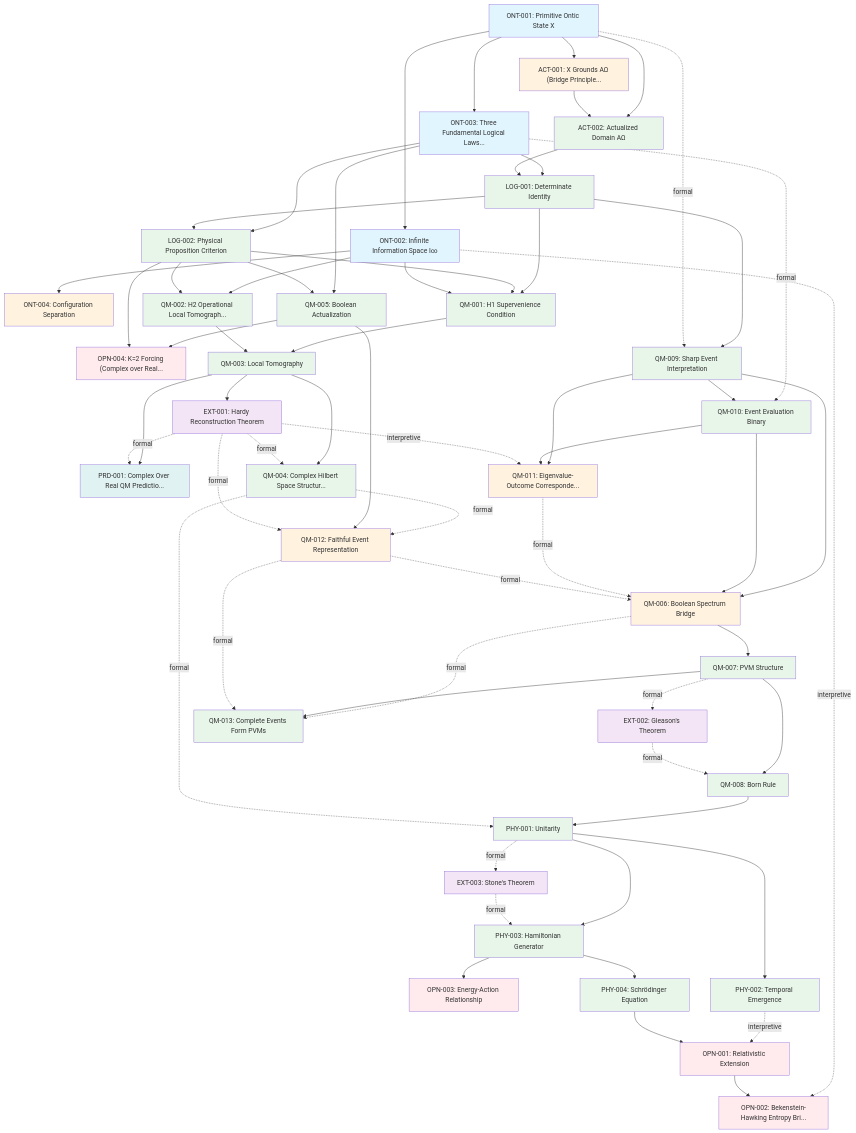
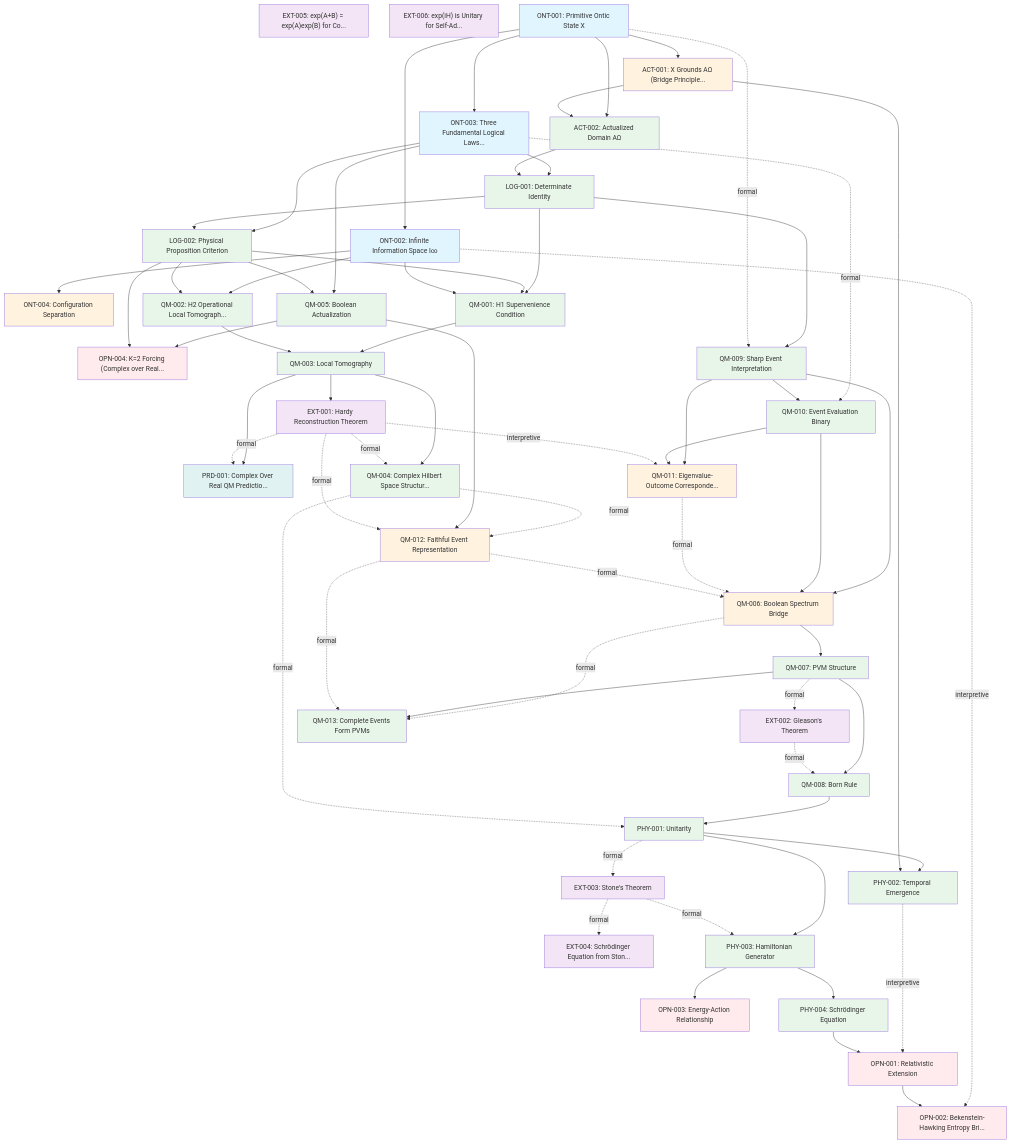
One commit to jdlongmire/logic-realism-theory changed the diagram in traceability/generated/dependency-graph.mmd. Above: the diagram before and after it, drawn with Mermaid. The commit also changed 6 other files, not shown here.

```diff
--- a/traceability/generated/dependency-graph.mmd
+++ b/traceability/generated/dependency-graph.mmd
@@ -1,132 +1,140 @@
 graph TD
     classDef primitive fill:#e1f5fe
     classDef bridge fill:#fff3e0
     classDef derived fill:#e8f5e9
     classDef imported fill:#f3e5f5
     classDef open fill:#ffebee
     classDef prediction fill:#e0f2f1
+    PHY-001["PHY-001: Unitarity"]
     ACT-001["ACT-001: X Grounds AΩ (Bridge Principle..."]
     ACT-002["ACT-002: Actualized Domain AΩ"]
     EXT-001["EXT-001: Hardy Reconstruction Theorem"]
     EXT-002["EXT-002: Gleason's Theorem"]
     EXT-003["EXT-003: Stone's Theorem"]
+    EXT-004["EXT-004: Schrödinger Equation from Ston..."]
+    EXT-005["EXT-005: exp(A+B) = exp(A)exp(B) for Co..."]
+    EXT-006["EXT-006: exp(iH) is Unitary for Self-Ad..."]
     LOG-001["LOG-001: Determinate Identity"]
     LOG-002["LOG-002: Physical Proposition Criterion"]
     ONT-001["ONT-001: Primitive Ontic State X"]
     ONT-002["ONT-002: Infinite Information Space I∞"]
     ONT-003["ONT-003: Three Fundamental Logical Laws..."]
     ONT-004["ONT-004: Configuration Separation"]
     OPN-001["OPN-001: Relativistic Extension"]
     OPN-002["OPN-002: Bekenstein-Hawking Entropy Bri..."]
     OPN-003["OPN-003: Energy-Action Relationship"]
     OPN-004["OPN-004: K=2 Forcing (Complex over Real..."]
-    PHY-001["PHY-001: Unitarity"]
     PHY-002["PHY-002: Temporal Emergence"]
     PHY-003["PHY-003: Hamiltonian Generator"]
     PHY-004["PHY-004: Schrödinger Equation"]
     PRD-001["PRD-001: Complex Over Real QM Predictio..."]
     QM-001["QM-001: H1 Supervenience Condition"]
     QM-002["QM-002: H2 Operational Local Tomograph..."]
     QM-003["QM-003: Local Tomography"]
     QM-004["QM-004: Complex Hilbert Space Structur..."]
     QM-005["QM-005: Boolean Actualization"]
     QM-006["QM-006: Boolean Spectrum Bridge"]
     QM-007["QM-007: PVM Structure"]
     QM-008["QM-008: Born Rule"]
     QM-009["QM-009: Sharp Event Interpretation"]
     QM-010["QM-010: Event Evaluation Binary"]
     QM-011["QM-011: Eigenvalue-Outcome Corresponde..."]
     QM-012["QM-012: Faithful Event Representation"]
     QM-013["QM-013: Complete Events Form PVMs"]
+    QM-008 --> PHY-001
+    QM-004 -.->|formal| PHY-001
     ONT-001 --> ACT-001
     ONT-001 --> ACT-002
     ACT-001 --> ACT-002
     QM-003 --> EXT-001
     QM-007 -.->|formal| EXT-002
     PHY-001 -.->|formal| EXT-003
+    EXT-003 -.->|formal| EXT-004
     ONT-003 --> LOG-001
     ACT-002 --> LOG-001
     ONT-003 --> LOG-002
     LOG-001 --> LOG-002
     ONT-001 --> ONT-002
     ONT-001 --> ONT-003
     ONT-002 --> ONT-004
     PHY-002 -.->|interpretive| OPN-001
     PHY-004 --> OPN-001
     ONT-002 -.->|interpretive| OPN-002
     OPN-001 --> OPN-002
     PHY-003 --> OPN-003
     QM-005 --> OPN-004
     LOG-002 --> OPN-004
-    QM-008 --> PHY-001
-    QM-004 -.->|formal| PHY-001
     PHY-001 --> PHY-002
+    ACT-001 --> PHY-002
     PHY-001 --> PHY-003
     EXT-003 -.->|formal| PHY-003
     PHY-003 --> PHY-004
     QM-003 --> PRD-001
     EXT-001 -.->|formal| PRD-001
     LOG-001 --> QM-001
     LOG-002 --> QM-001
     ONT-002 --> QM-001
     ONT-002 --> QM-002
     LOG-002 --> QM-002
     QM-001 --> QM-003
     QM-002 --> QM-003
     QM-003 --> QM-004
     EXT-001 -.->|formal| QM-004
     ONT-003 --> QM-005
     LOG-002 --> QM-005
     QM-009 --> QM-006
     QM-010 --> QM-006
     QM-011 -.->|formal| QM-006
     QM-012 -.->|formal| QM-006
     QM-006 --> QM-007
     QM-007 --> QM-008
     EXT-002 -.->|formal| QM-008
     LOG-001 --> QM-009
     ONT-001 -.->|formal| QM-009
     ONT-003 -.->|formal| QM-010
     QM-009 --> QM-010
     QM-009 --> QM-011
     QM-010 --> QM-011
     EXT-001 -.->|interpretive| QM-011
     QM-004 -.->|formal| QM-012
     QM-005 --> QM-012
     EXT-001 -.->|formal| QM-012
     QM-006 -.->|formal| QM-013
     QM-007 --> QM-013
     QM-012 -.->|formal| QM-013
+    class PHY-001 derived
     class ACT-001 bridge
     class ACT-002 derived
     class EXT-001 imported
     class EXT-002 imported
     class EXT-003 imported
+    class EXT-004 imported
+    class EXT-005 imported
+    class EXT-006 imported
     class LOG-001 derived
     class LOG-002 derived
     class ONT-001 primitive
     class ONT-002 primitive
     class ONT-003 primitive
     class ONT-004 bridge
     class OPN-001 open
     class OPN-002 open
     class OPN-003 open
     class OPN-004 open
-    class PHY-001 derived
     class PHY-002 derived
     class PHY-003 derived
     class PHY-004 derived
     class PRD-001 prediction
     class QM-001 derived
     class QM-002 derived
     class QM-003 derived
     class QM-004 derived
     class QM-005 derived
     class QM-006 bridge
     class QM-007 derived
     class QM-008 derived
     class QM-009 derived
     class QM-010 derived
     class QM-011 bridge
     class QM-012 bridge
     class QM-013 derived
```
